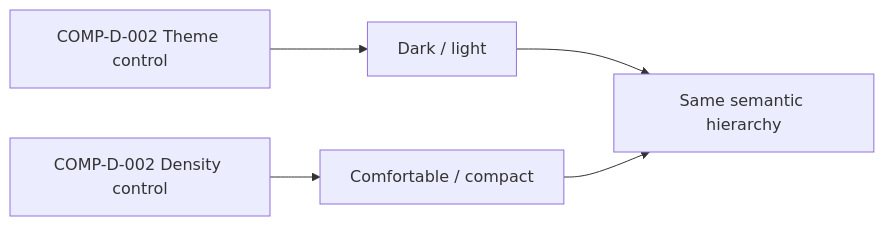
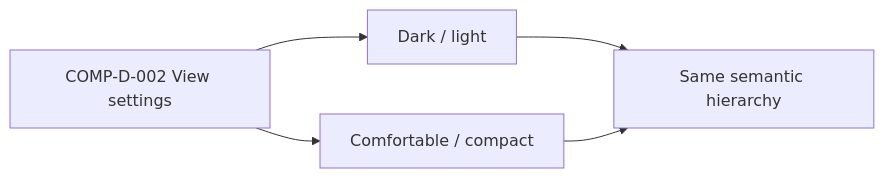
One commit to Entif-AI/Bilqis changed diagram 15 of 18 in docs/architecture/mission-control-design/FLOWS.md. Above: the diagram before and after it, drawn with Mermaid. The commit also changed other lines of this file and 7 other files, not shown here.

Commit message:
docs(mission-control): make atlas target-state flowcharts

````diff
--- a/docs/architecture/mission-control-design/FLOWS.md
+++ b/docs/architecture/mission-control-design/FLOWS.md
@@ -219,7 +219,7 @@
 ```mermaid
 flowchart LR
-  A[COMP-D-002 Theme control] --> B[Dark / light]
-  C[COMP-D-002 Density control] --> D[Comfortable / compact]
+  A[COMP-D-002 View settings] --> B[Dark / light]
+  A --> D[Comfortable / compact]
   B --> E[Same semantic hierarchy]
   D --> E
 ```
````
